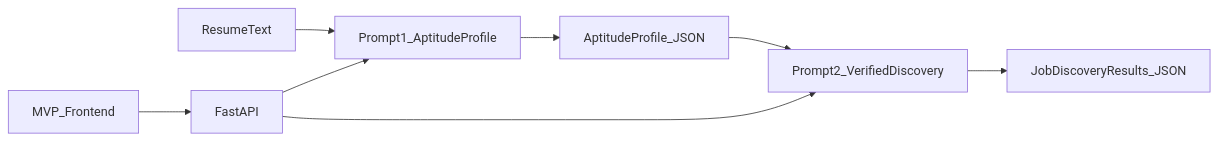
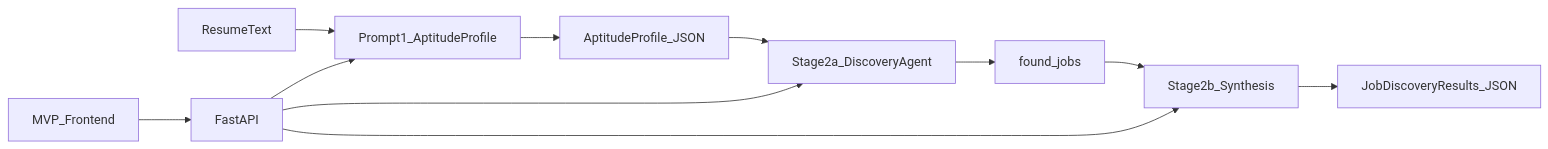
Before and after one commit to mattburnett-repo/aptitude-search: the diagram in .cursor/plans/aptitude-search-build.plan.md, drawn with Mermaid. The commit also changed other lines of this file and 13 other files, not shown here.

````diff
--- a/.cursor/plans/aptitude-search-build.plan.md
+++ b/.cursor/plans/aptitude-search-build.plan.md
@@ -52,10 +52,13 @@
 ```mermaid
 flowchart LR
   R[ResumeText] --> P1[Prompt1_AptitudeProfile]
   P1 --> AP[AptitudeProfile_JSON]
-  AP --> P2[Prompt2_VerifiedDiscovery]
-  P2 --> JD[JobDiscoveryResults_JSON]
+  AP --> A2[Stage2a_DiscoveryAgent]
+  A2 --> FJ[found_jobs]
+  FJ --> S2[Stage2b_Synthesis]
+  S2 --> JD[JobDiscoveryResults_JSON]
   FE[MVP_Frontend] --> API[FastAPI]
   API --> P1
-  API --> P2
+  API --> A2
+  API --> S2
 ```
````
